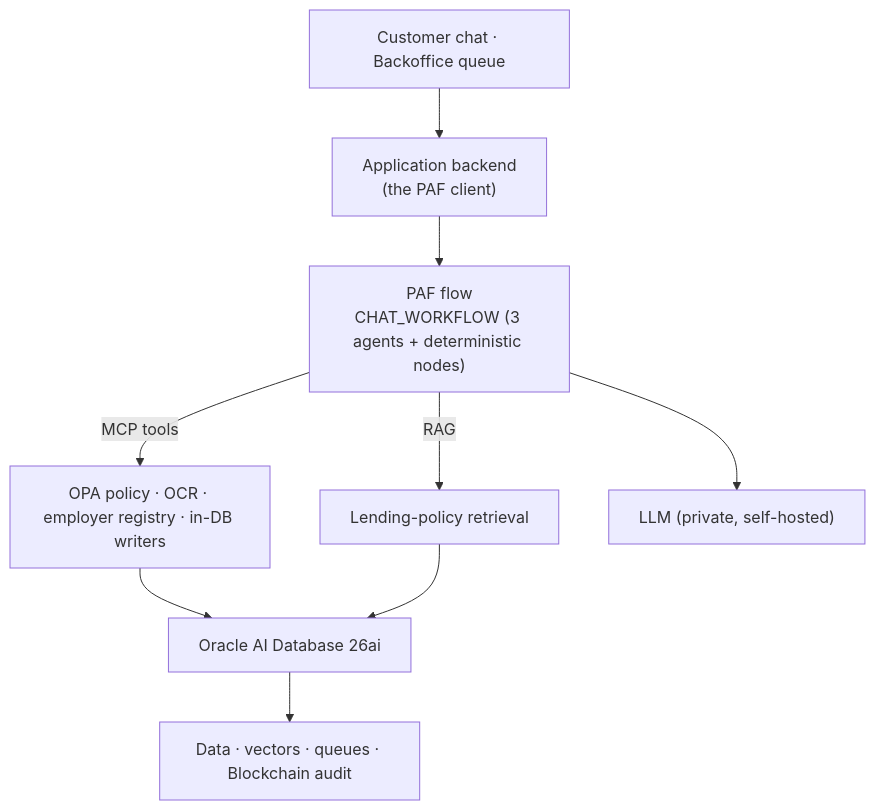
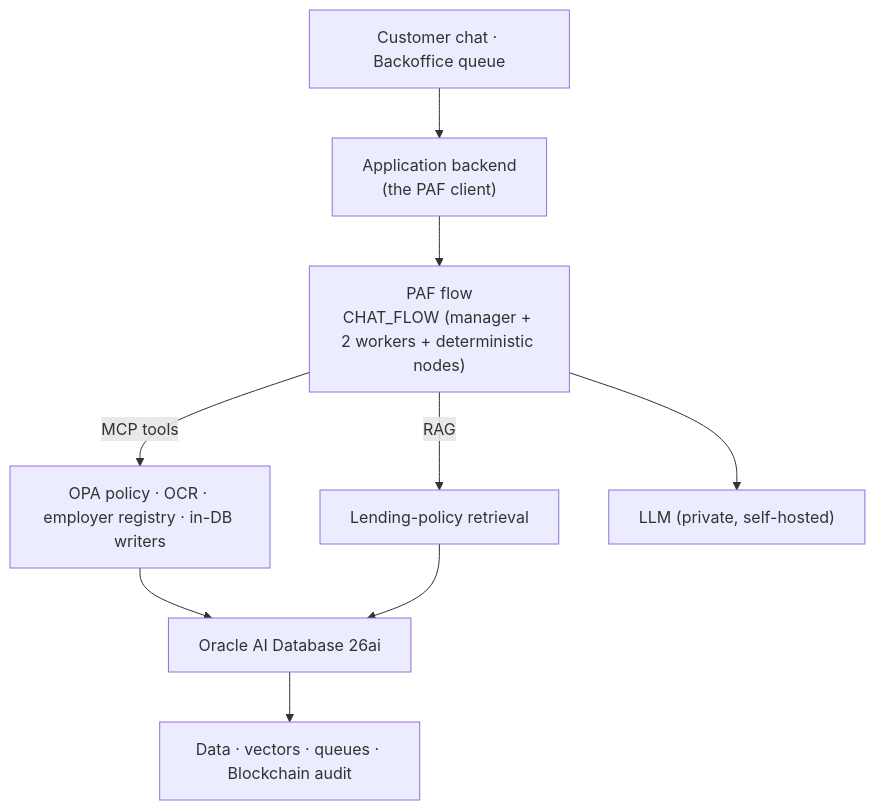
One commit to vmleon/oracle-database-private-agent-factory-poc changed the seventh of 12 diagrams in presentation/deck.md. Above: the diagram before and after it, drawn with Mermaid. The commit also changed other lines of this file and 20 other files, not shown here.

Commit message:
docs(flow): describe CHAT_FLOW as a manager with sub-agents

````diff
--- a/presentation/deck.md
+++ b/presentation/deck.md
@@ -135,11 +135,11 @@
 ```mermaid
 flowchart TD
     UI["Customer chat · Backoffice queue"] --> APP["Application backend<br/>(the PAF client)"]
-    APP --> PAF["PAF flow<br/>CHAT_WORKFLOW (3 agents + deterministic nodes)"]
+    APP --> PAF["PAF flow<br/>CHAT_FLOW (manager + 2 workers + deterministic nodes)"]
     PAF -->|MCP tools| TOOLS["OPA policy · OCR · employer registry · in-DB writers"]
     PAF -->|RAG| POLICY["Lending-policy retrieval"]
     PAF --> LLM["LLM (private, self-hosted)"]
     TOOLS --> DB["Oracle AI Database 26ai"]
     POLICY --> DB
     DB --> AUDIT["Data · vectors · queues · Blockchain audit"]
 ```
````
